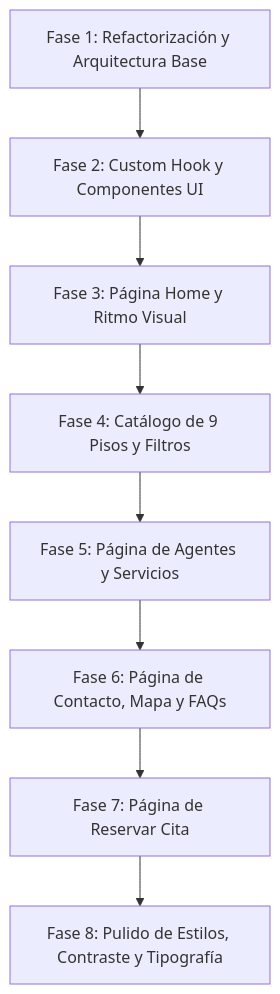
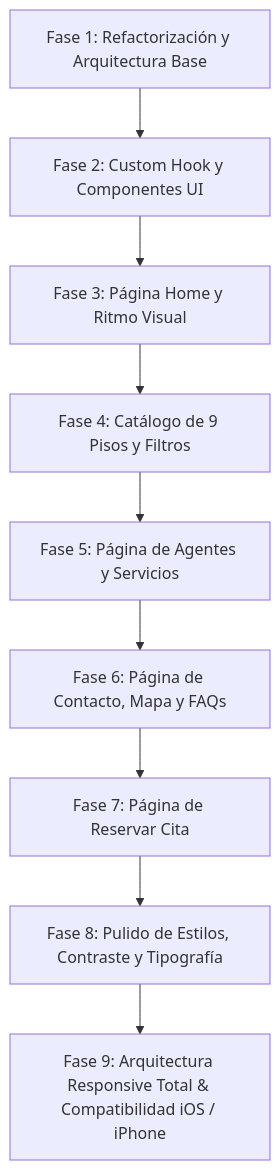
One commit to apariciodiazpatricia-cell/miproyectoinmobiliariapatri changed the diagram in DOCUMENTATION.md. Above: the diagram before and after it, drawn with Mermaid. The commit also changed other lines of this file and 7 other files, not shown here.

Commit message:
fix(responsive): optimizar diseño responsive y compatibilidad total con iOS/Safari

````diff
--- a/DOCUMENTATION.md
+++ b/DOCUMENTATION.md
@@ -133,10 +133,11 @@
 ```mermaid
 graph TD
     A[Fase 1: Refactorización y Arquitectura Base] --> B[Fase 2: Custom Hook y Componentes UI]
     B --> C[Fase 3: Página Home y Ritmo Visual]
     C --> D[Fase 4: Catálogo de 9 Pisos y Filtros]
     D --> E[Fase 5: Página de Agentes y Servicios]
     E --> F[Fase 6: Página de Contacto, Mapa y FAQs]
     F --> G[Fase 7: Página de Reservar Cita]
     G --> H[Fase 8: Pulido de Estilos, Contraste y Tipografía]
+    H --> I[Fase 9: Arquitectura Responsive Total & Compatibilidad iOS / iPhone]
 ```
````
